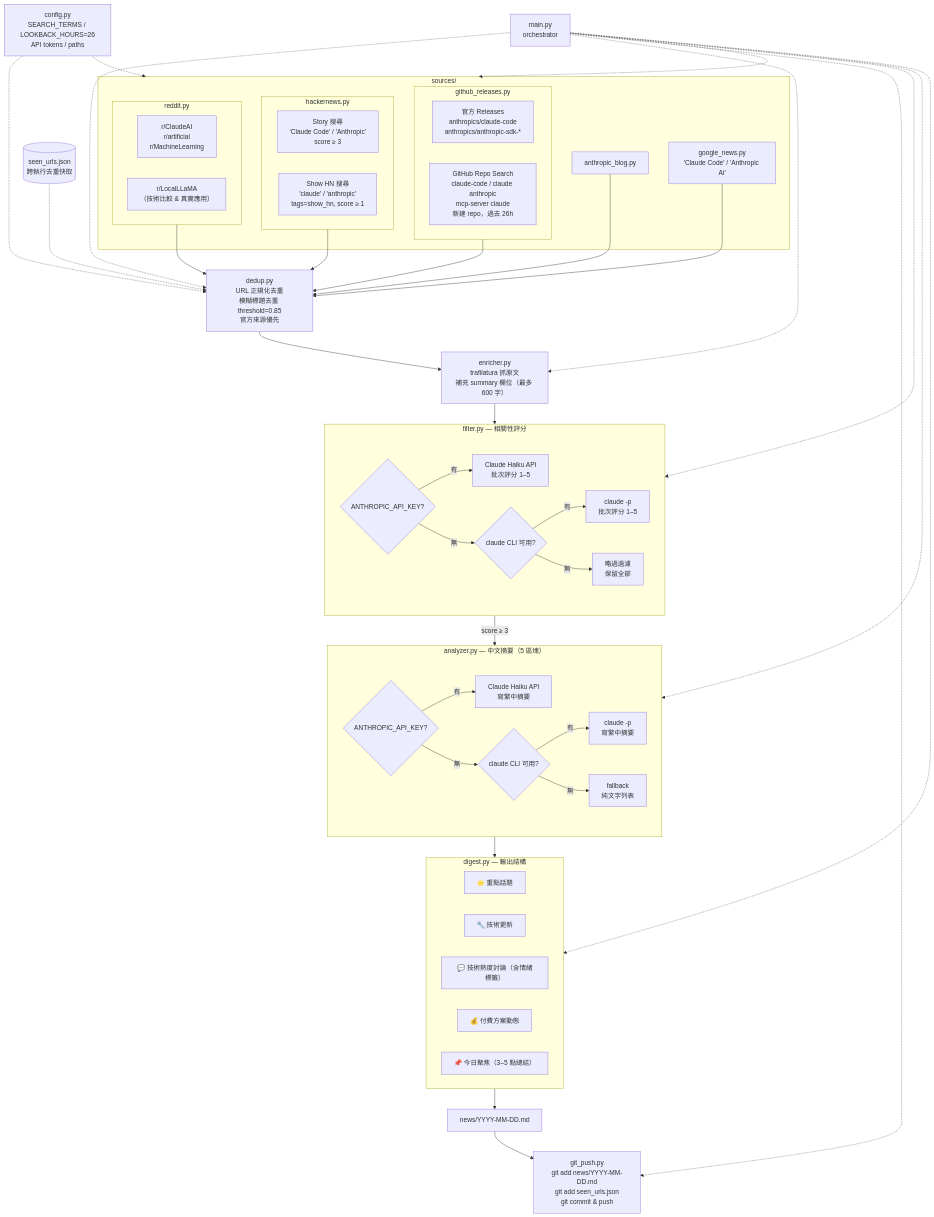
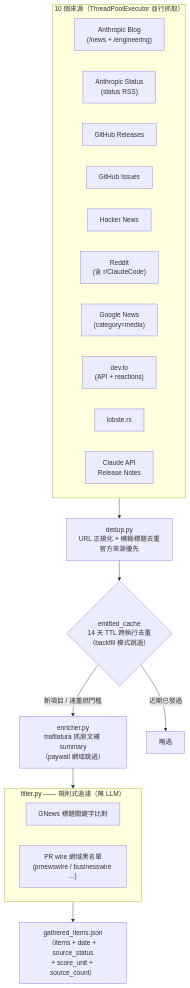
The second of 5 diagrams in src/DesignDocument/Design Diagram.md (mandy82477/claude-news), drawn with Mermaid before and after one commit. The commit also changed other lines of this file, not shown here.

Commit message:
docs: 重寫 Design Diagram 為現況操作架構（三段式 pipeline/10 來源/六記者/lint 九步）

````diff
--- a/src/DesignDocument/Design Diagram.md
+++ b/src/DesignDocument/Design Diagram.md
@@ -32,79 +53,30 @@
-``` mermaid
+```mermaid
 flowchart TD
-    subgraph sources["sources/"]
-        S1[anthropic_blog.py]
-
-        subgraph S2box["github_releases.py"]
-            S2A["官方 Releases\nanthropics/claude-code\nanthropics/anthropic-sdk-*"]
-            S2B["GitHub Repo Search\nclaude-code / claude anthropic\nmcp-server claude\n新建 repo，過去 26h"]
-        end
-
-        subgraph S3box["hackernews.py"]
-            S3A["Story 搜尋\n'Claude Code' / 'Anthropic'\nscore ≥ 3"]
-            S3B["Show HN 搜尋\n'claude' / 'anthropic'\ntags=show_hn, score ≥ 1"]
-        end
-
-        subgraph S4box["reddit.py"]
-            S4A["r/ClaudeAI\nr/artificial\nr/MachineLearning"]
-            S4B["r/LocalLLaMA\n（技術比較 & 真實應用）"]
-        end
-
-        S5[google_news.py\n'Claude Code' / 'Anthropic AI']
+    subgraph SRC["10 個來源（ThreadPoolExecutor 並行抓取）"]
+        direction LR
+        S1["Anthropic Blog\n(/news + /engineering)"]
+        S2["Anthropic Status\n(status RSS)"]
+        S3["GitHub Releases"]
+        S4["GitHub Issues"]
+        S5["Hacker News"]
+        S6["Reddit\n(含 r/ClaudeCode)"]
+        S7["Google News\n(category=media)"]
+        S8["dev.to\n(API + reactions)"]
+        S9["lobste.rs"]
+        S10["Claude API\nRelease Notes"]
     end
 
-    CFG["config.py\nSEARCH_TERMS / LOOKBACK_HOURS=26\nAPI tokens / paths"]
-    CACHE[("seen_urls.json\n跨執行去重快取")]
+    SRC --> DEDUP["dedup.py\nURL 正規化 + 模糊標題去重\n官方來源優先"]
+    DEDUP --> CACHE{"emitted_cache\n14 天 TTL 跨執行去重\n（backfill 模式跳過）"}
+    CACHE -->|新項目 / 達重燃門檻| ENRICH
+    CACHE -->|近期已發過| DROP["略過"]
 
-    S1 & S2box & S3box & S4box & S5 --> DEDUP
+    ENRICH["enricher.py\ntrafilatura 抓原文補 summary\n（paywall 網域跳過）"] --> FILTER
 
-    DEDUP["dedup.py\nURL 正規化去重\n模糊標題去重 threshold=0.85\n官方來源優先"]
-    DEDUP --> ENRICH
-
-    ENRICH["enricher.py\ntrafilatura 抓原文\n補充 summary 欄位（最多 600 字）"]
-    ENRICH --> FILTER
-
-    subgraph FILTER["filter.py — 相關性評分"]
-        F1{ANTHROPIC_API_KEY?}
-        F2["Claude Haiku API\n批次評分 1–5"]
-        F3{claude CLI 可用?}
-        F4["claude -p\n批次評分 1–5"]
-        F5["略過過濾\n保留全部"]
-        F1 -->|有| F2
-        F1 -->|無| F3
-        F3 -->|有| F4
-        F3 -->|無| F5
+    subgraph FILTER["filter.py —— 規則式過濾（無 LLM）"]
+        F1["GNews 標題關鍵字比對"]
+        F2["PR wire 網域黑名單\n(prnewswire / businesswire ...)"]
     end
 
-    FILTER -->|"score ≥ 3"| ANALYZE
-
-    subgraph ANALYZE["analyzer.py — 中文摘要（5 區塊）"]
-        A1{ANTHROPIC_API_KEY?}
-        A2["Claude Haiku API\n寫繁中摘要"]
-        A3{claude CLI 可用?}
-        A4["claude -p\n寫繁中摘要"]
-        A5["fallback\n純文字列表"]
-        A1 -->|有| A2
-        A1 -->|無| A3
-        A3 -->|有| A4
-        A3 -->|無| A5
-    end
-
-    ANALYZE --> DIGEST
-
-    subgraph DIGEST["digest.py — 輸出結構"]
-        D1["⭐ 重點話題"]
-        D2["🔧 技術更新"]
-        D3["💬 技術熱度討論（含情緒標籤）"]
-        D4["💰 付費方案動態"]
-        D5["📌 今日聚焦（3–5 點總結）"]
-    end
-
-    DIGEST --> MD["news/YYYY-MM-DD.md"]
-    MD --> GIT["git_push.py\ngit add news/YYYY-MM-DD.md\ngit add seen_urls.json\ngit commit & push"]
-
-    CFG -.-> sources
-    CFG -.-> DEDUP
-    CACHE -.-> DEDUP
-
-    MAIN["main.py\norchestrator"] -.-> sources & DEDUP & ENRICH & FILTER & ANALYZE & DIGEST & GIT
+    FILTER --> OUT["gathered_items.json\n（items + date + source_status\n+ score_unit + source_count）"]
 ```
````
